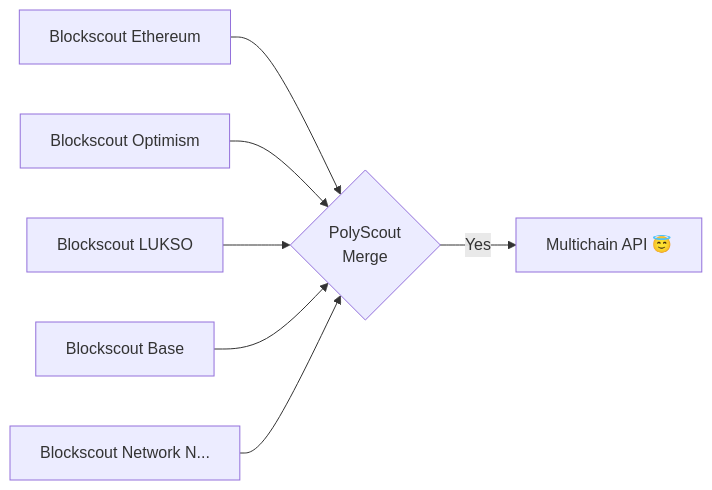
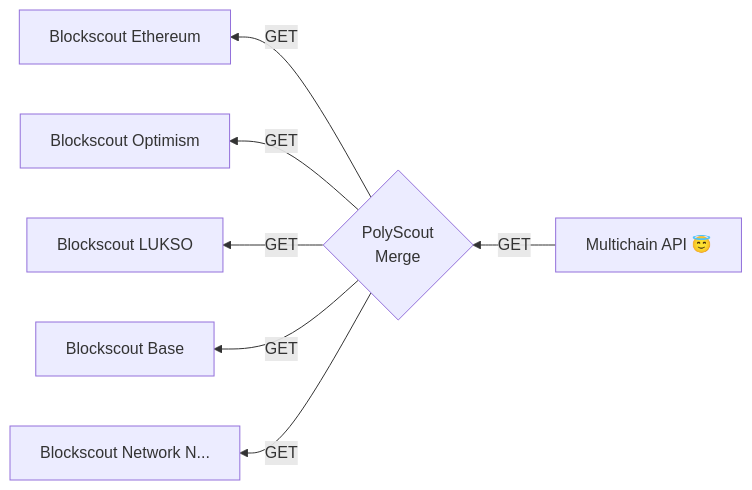
Before and after one commit to Hugoo/ETHBrussels-24: the diagram in README.md, drawn with Mermaid. The commit also changed 1 other file, not shown here.

Commit message:
Improve diagram

````diff
--- a/README.md
+++ b/README.md
@@ -26,9 +26,10 @@
 ```mermaid
-flowchart LR
-  B1[Blockscout Ethereum] --> P{PolyScout\n Merge }
-  B2[Blockscout Optimism] --> P
-  B3[Blockscout LUKSO] --> P
-  B4[Blockscout Base] --> P
-  BN[Blockscout Network N...] --> P
-  P -- Yes --> C[Multichain API 😇]
+flowchart RL
+  P{PolyScout\n Merge } -- GET --> B1[Blockscout Ethereum]
+
+  P -- GET --> B2[Blockscout Optimism]
+  P -- GET --> B3[Blockscout LUKSO]
+  P -- GET --> B4[Blockscout Base]
+  P -- GET --> BN[Blockscout Network N...]
+  C[Multichain API 😇] -- GET -->  P
 ```
````
